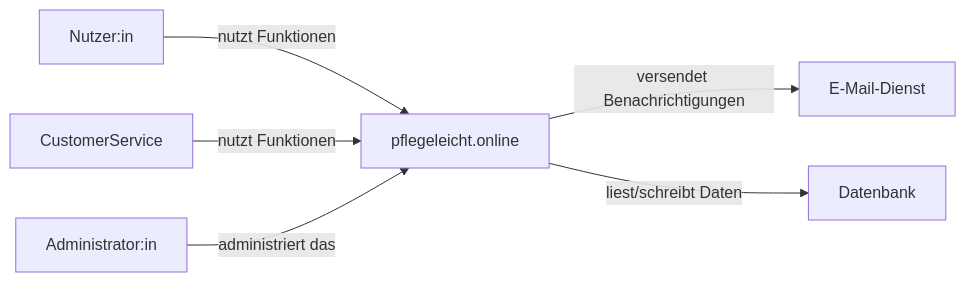
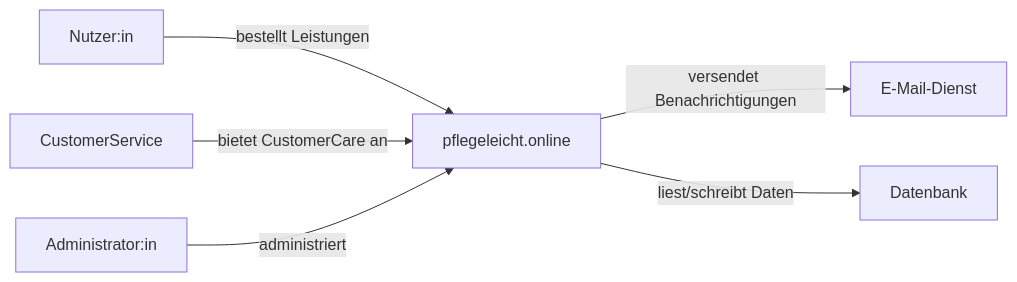
Before and after one commit to jomatotu/pflegeleicht: the diagram in documentation/architecture/kontext-diagramm.md, drawn with Mermaid. The commit also changed other lines of this file and 2 other files, not shown here.

Commit message:
Add Bausteinsicht documentation to detail system architecture and components, and update context diagram to reference this new document.

````diff
--- a/documentation/architecture/kontext-diagramm.md
+++ b/documentation/architecture/kontext-diagramm.md
@@ -5,15 +7,15 @@
 ```mermaid
 flowchart LR
     user["Nutzer:in"]
     pflegeleicht["CustomerService"]
     admin["Administrator:in"]
     system["pflegeleicht.online"]
     mail["E-Mail-Dienst"]
     db["Datenbank"]
-
-    user -->|"nutzt Funktionen"| system
-    pflegeleicht -->|"nutzt Funktionen"| system
-    admin -->|"administriert das"| system
+    
+    user -->|"bestellt Leistungen"| system
+    pflegeleicht -->|"bietet CustomerCare an"| system
+    admin -->|"administriert"| system
     system -->|"versendet Benachrichtigungen"| mail
     system -->|"liest/schreibt Daten"| db
 ```
````
